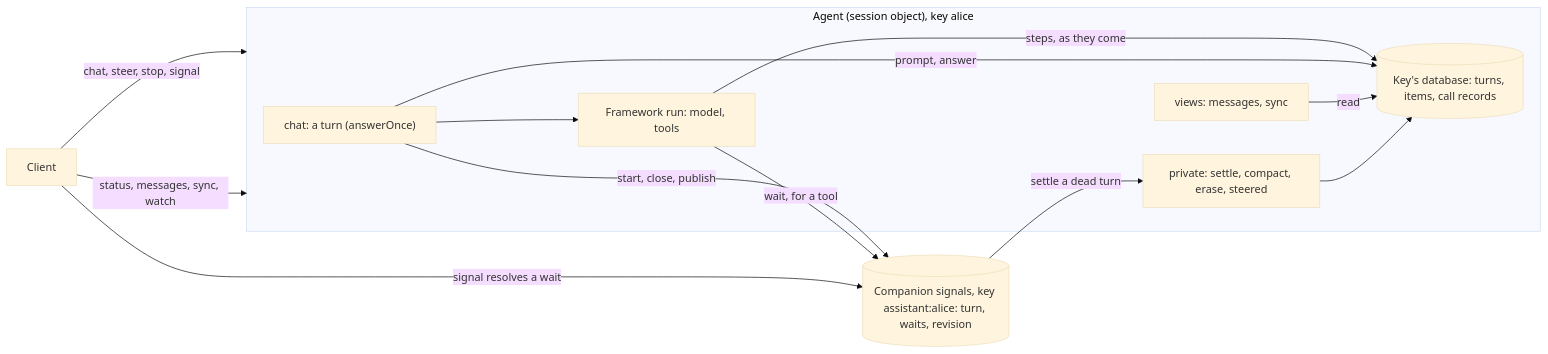
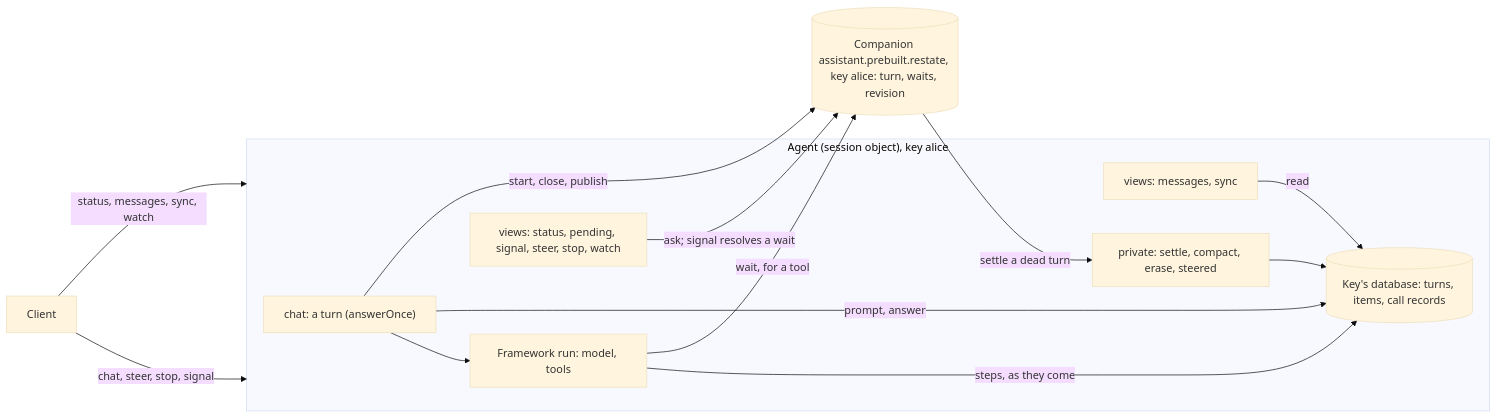
Before and after one commit to restatedev/sdk-sessions: the diagram in packages/agents/docs/README.md, drawn with Mermaid (base theme). The commit also changed other lines of this file and 51 other files, not shown here.

````diff
--- a/packages/agents/docs/README.md
+++ b/packages/agents/docs/README.md
@@ -55,17 +57,18 @@
 ```mermaid
 flowchart LR
   C[Client] -- "chat, steer, stop, signal" --> A
   C -- "status, messages, sync, watch" --> A
   subgraph A["Agent (session object), key alice"]
     H["chat: a turn (answerOnce)"] --> F["Framework run: model, tools"]
     F -- "steps, as they come" --> T
     H -- "prompt, answer" --> T
     T[("Key's database: turns, items, call records")]
     V["views: messages, sync"] -- read --> T
     X["private: settle, compact, erase, steered"] --> T
+    V2["views: status, pending, signal, steer, stop, watch"]
   end
-  H -- "start, close, publish" --> S[("Companion signals, key assistant:alice: turn, waits, revision")]
+  H -- "start, close, publish" --> S[("Companion assistant.prebuilt.restate, key alice: turn, waits, revision")]
   F -- "wait, for a tool" --> S
-  C -- "signal resolves a wait" --> S
+  V2 -- "ask; signal resolves a wait" --> S
   S -- "settle a dead turn" --> X
 ```
````
